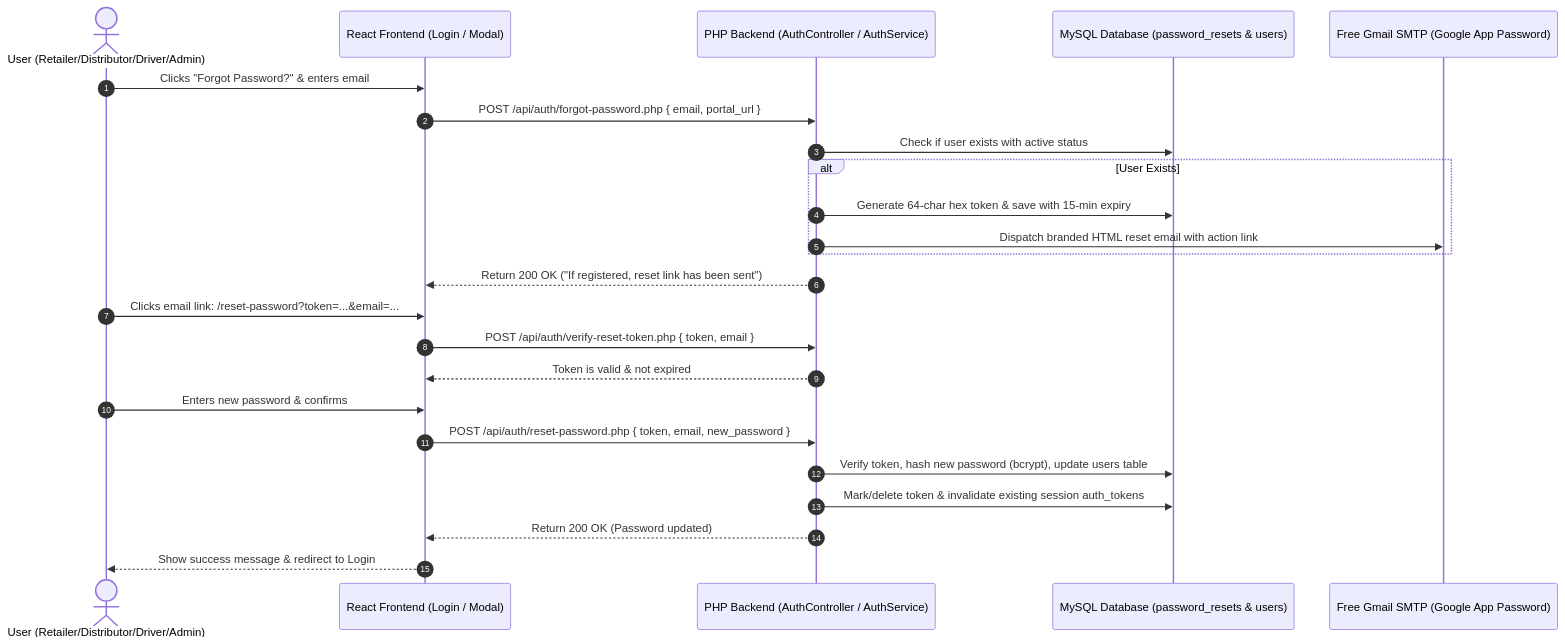
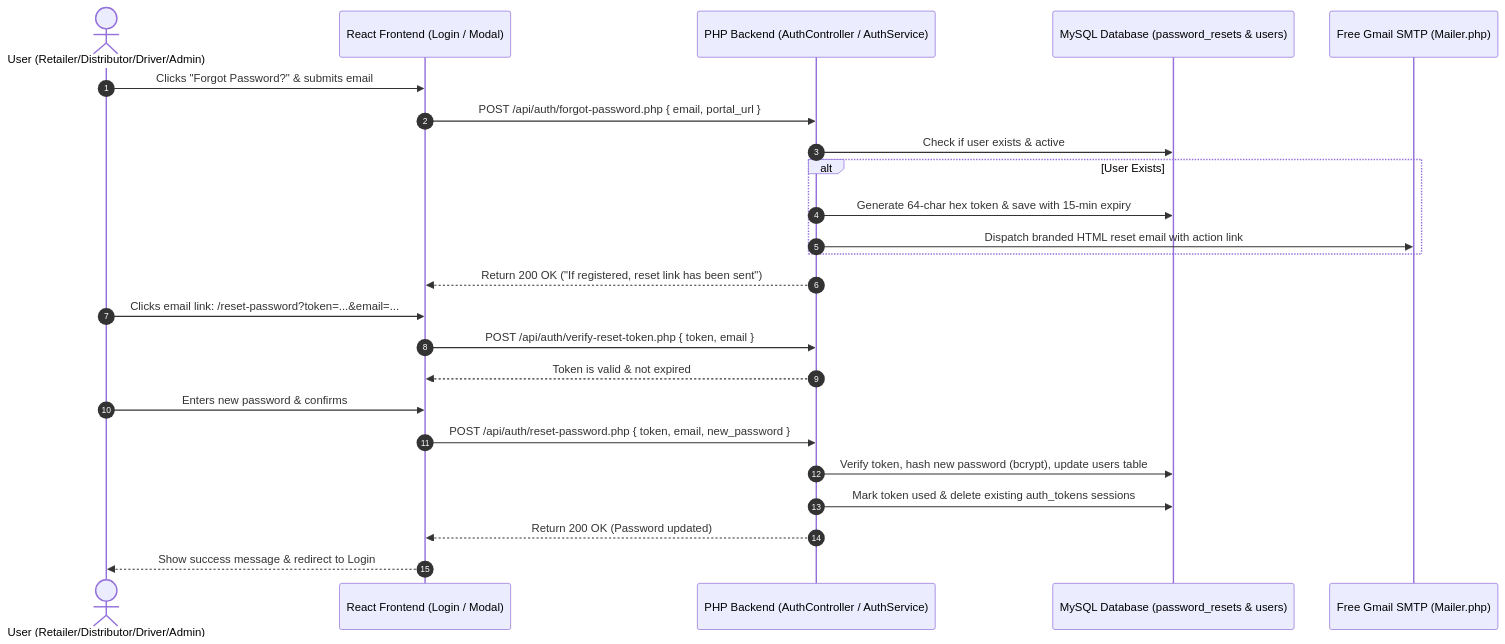
Before and after one commit to AsanJayarathne/fmcg-vendora: the second of 2 diagrams in FORGOT_PASSWORD_IMPLEMENTATION_PLAN.md, drawn with Mermaid. The commit also changed other lines of this file and 31 other files, not shown here.

Commit message:
implement full forgot-password, email verification, and password reset flows with OTP and automated mailing services.

````diff
--- a/FORGOT_PASSWORD_IMPLEMENTATION_PLAN.md
+++ b/FORGOT_PASSWORD_IMPLEMENTATION_PLAN.md
@@ -11,29 +50,29 @@
 ```mermaid
 sequenceDiagram
     autonumber
     actor User as User (Retailer/Distributor/Driver/Admin)
     participant FE as React Frontend (Login / Modal)
     participant BE as PHP Backend (AuthController / AuthService)
     participant DB as MySQL Database (password_resets & users)
-    participant SMTP as Free Gmail SMTP (Google App Password)
+    participant SMTP as Free Gmail SMTP (Mailer.php)
 
-    User->>FE: Clicks "Forgot Password?" & enters email
+    User->>FE: Clicks "Forgot Password?" & submits email
     FE->>BE: POST /api/auth/forgot-password.php { email, portal_url }
-    BE->>DB: Check if user exists with active status
+    BE->>DB: Check if user exists & active
     alt User Exists
         BE->>DB: Generate 64-char hex token & save with 15-min expiry
         BE->>SMTP: Dispatch branded HTML reset email with action link
     end
     BE-->>FE: Return 200 OK ("If registered, reset link has been sent")
     
     User->>FE: Clicks email link: /reset-password?token=...&email=...
     FE->>BE: POST /api/auth/verify-reset-token.php { token, email }
     BE-->>FE: Token is valid & not expired
     
     User->>FE: Enters new password & confirms
     FE->>BE: POST /api/auth/reset-password.php { token, email, new_password }
     BE->>DB: Verify token, hash new password (bcrypt), update users table
-    BE->>DB: Mark/delete token & invalidate existing session auth_tokens
+    BE->>DB: Mark token used & delete existing auth_tokens sessions
     BE-->>FE: Return 200 OK (Password updated)
     FE-->>User: Show success message & redirect to Login
 ```
````
